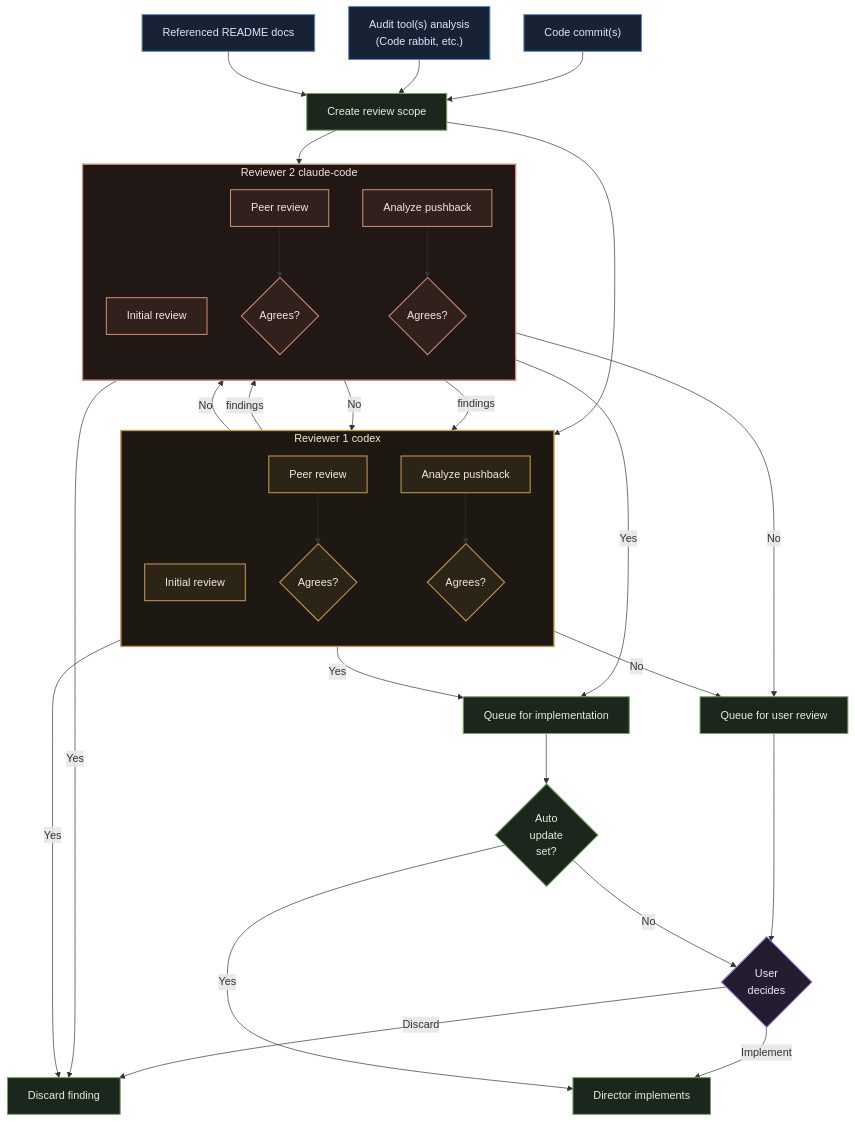
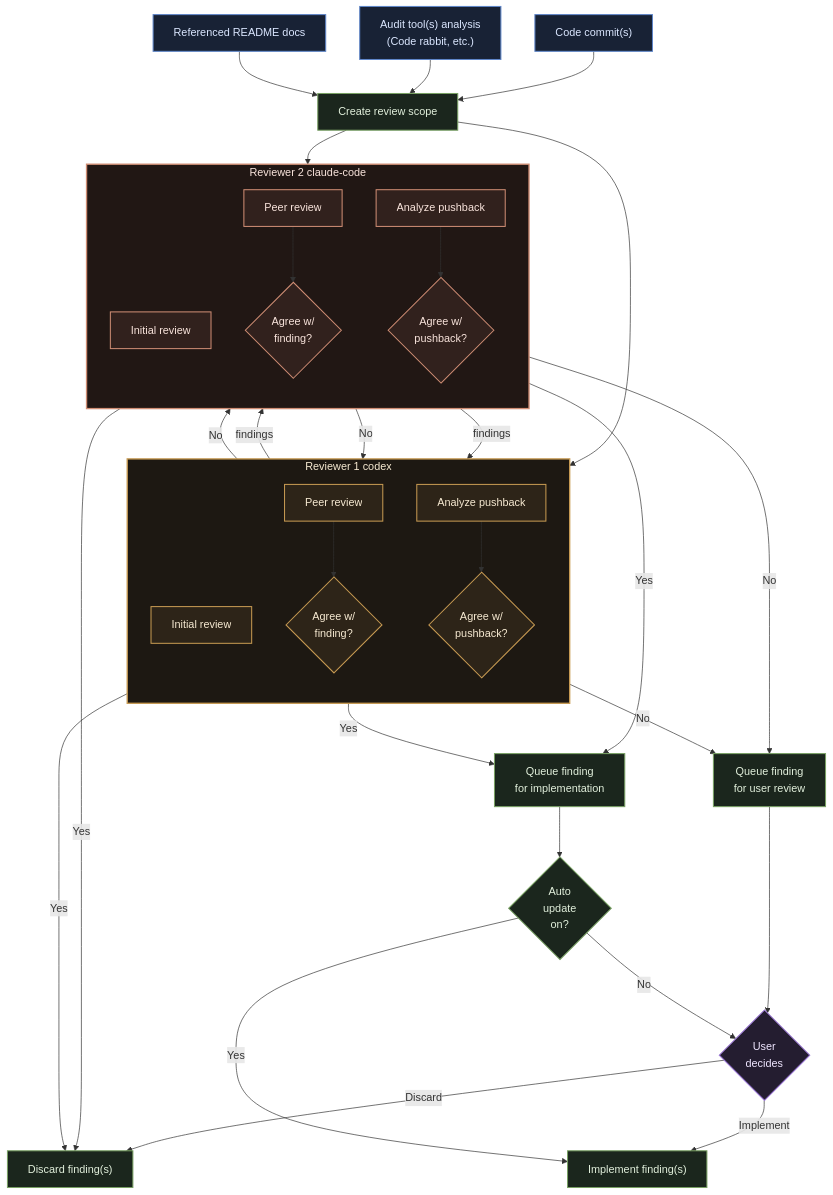
The diagram in README.md (kirinmurphy/roboreviewer_cli), drawn with Mermaid before and after one commit. The commit also changed other lines of this file and 6 other files, not shown here.

````diff
--- a/README.md
+++ b/README.md
@@ -13,72 +21,73 @@
 ```mermaid
 flowchart TD
     commits["Code commit(s)"]
     audits["Audit tool(s) analysis<br>(Code rabbit, etc.)"]
     docs["Referenced README docs"]
     scope["Create review scope"]
-    queueImpl["Queue for implementation"]
-    autoUpdate{"Auto<br>update<br>set?"}
-    userQueue["Queue for user review"]
+    queueImpl["Queue finding<br>for implementation"]
+    autoUpdate{"Auto<br>update<br>on?"}
+    userQueue["Queue finding<br>for user review"]
     user{"User<br>decides"}
-    implement["Director implements"]
-    discard["Discard finding"]
+    implement["Implement finding(s)"]
+    discard["Discard finding(s)"]
 
     subgraph R1[Reviewer 1 codex]
         direction TB
         review1["Initial review"]
         peer1["Peer review"]
-        peerDecision1{"Agrees?"}
+        peerDecision1{"Agree w/<br>finding?"}
         pushback1["Analyze pushback"]
-        pushbackDecision1{"Agrees?"}
+        pushbackDecision1{"Agree w/<br>pushback?"}
     end
 
     subgraph R2[Reviewer 2 claude-code]
         direction TB
         review2["Initial review"]
         peer2["Peer review"]
-        peerDecision2{"Agrees?"}
+        peerDecision2{"Agree w/<br>finding?"}
         pushback2["Analyze pushback"]
-        pushbackDecision2{"Agrees?"}
+        pushbackDecision2{"Agree w/<br>pushback?"}
     end
 
     commits --> scope
     audits --> scope
     docs --> scope
     scope --> review1
     scope --> review2
     review1 -- findings --> peer2
     review2 -- findings --> peer1
     peer1 --> peerDecision1
     peer2 --> peerDecision2
     peerDecision1 -- No --> pushback2
     peerDecision2 -- No --> pushback1
     pushback1 --> pushbackDecision1
     pushback2 --> pushbackDecision2
     pushbackDecision1 -- Yes --> discard
     pushbackDecision2 -- Yes --> discard
     pushbackDecision1 -- No --> userQueue
     pushbackDecision2 -- No --> userQueue
     userQueue --> user
     user -- Implement --> implement
     user -- Discard --> discard
     peerDecision1 -- Yes --> queueImpl
     peerDecision2 -- Yes --> queueImpl
     queueImpl --> autoUpdate
     autoUpdate -- Yes --> implement
     autoUpdate -- No --> user
 
+
     classDef data fill:#182235,stroke:#5f86c9,color:#dbe7ff,stroke-width:1.5px
     classDef orchestrator fill:#1b261d,stroke:#78a063,color:#e2f0dc,stroke-width:1.5px
     classDef reviewer1 fill:#2d2418,stroke:#c79a52,color:#f7ead2,stroke-width:1.5px
     classDef reviewer2 fill:#31211d,stroke:#cf8d74,color:#f9e4dc,stroke-width:1.5px
     classDef user fill:#241d30,stroke:#9d7ad6,color:#efe6ff,stroke-width:1.5px
 
     class commits,audits,docs data
     class scope,queueImpl,autoUpdate,userQueue,implement,discard orchestrator
     class review1,peer1,peerDecision1,pushback1,pushbackDecision1 reviewer1
     class review2,peer2,peerDecision2,pushback2,pushbackDecision2 reviewer2
-    class user,user user
+    class user user
 
     style R1 fill:#1d1812,stroke:#c79a52,stroke-width:2px,color:#f7ead2
     style R2 fill:#211714,stroke:#cf8d74,stroke-width:2px,color:#f9e4dc
 ```
````
